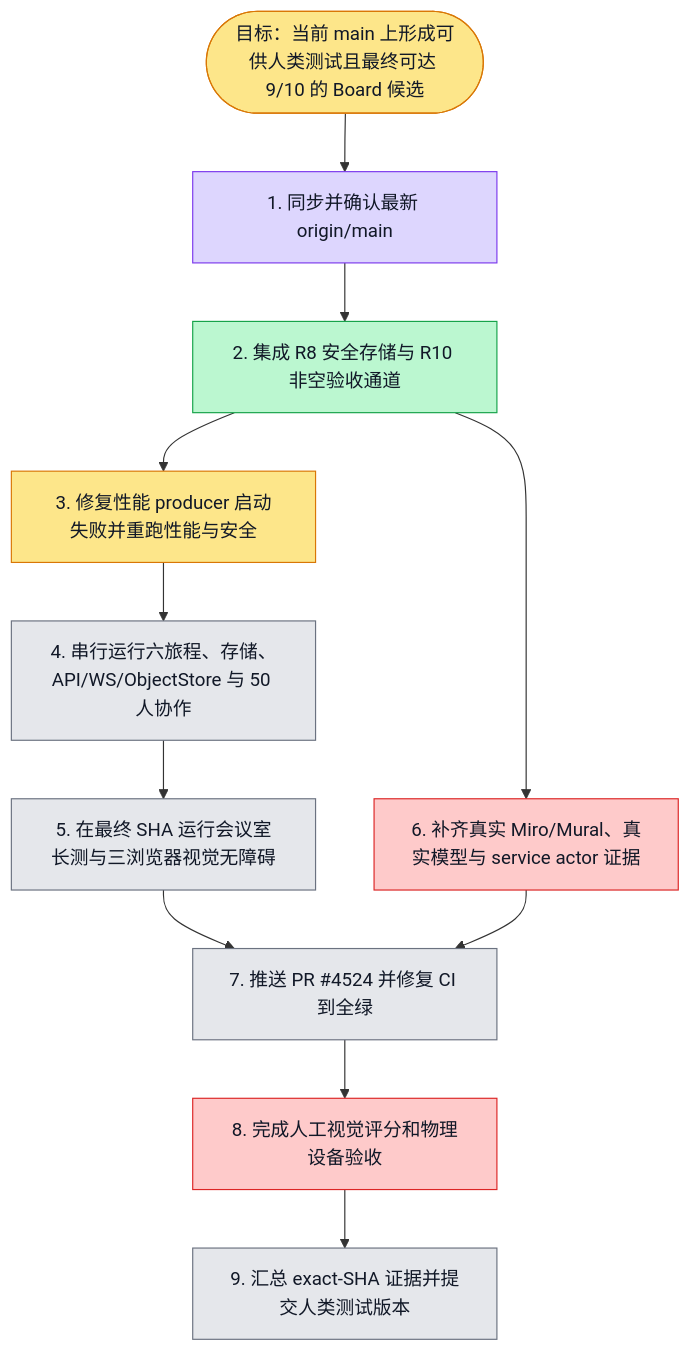
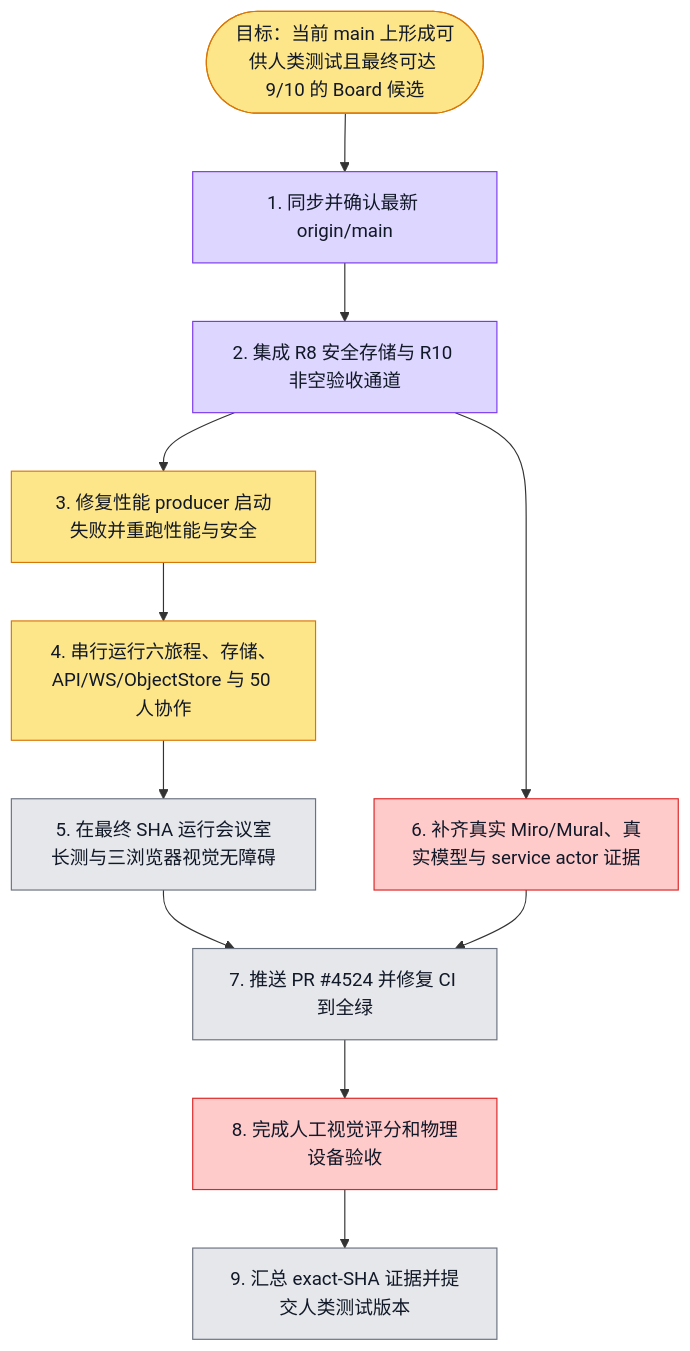
One commit to boardx/workspacex changed the first of 3 diagrams in phases/phase-19-board-visual-workspace/design-deltas/2026-09-26-unified-board-plan.md. Above: the diagram before and after it, drawn with Mermaid. The commit also changed other lines of this file, not shown here.

````diff
--- a/phases/phase-19-board-visual-workspace/design-deltas/2026-09-26-unified-board-plan.md
+++ b/phases/phase-19-board-visual-workspace/design-deltas/2026-09-26-unified-board-plan.md
@@ -27,41 +27,41 @@
 ```mermaid
 flowchart TD
   G([目标：当前 main 上形成可供人类测试且最终可达 9/10 的 Board 候选])
   S1[1. 同步并确认最新 origin/main]
   S2[2. 集成 R8 安全存储与 R10 非空验收通道]
   S3[3. 修复性能 producer 启动失败并重跑性能与安全]
   S4[4. 串行运行六旅程、存储、API/WS/ObjectStore 与 50 人协作]
   S5[5. 在最终 SHA 运行会议室长测与三浏览器视觉无障碍]
   S6[6. 补齐真实 Miro/Mural、真实模型与 service actor 证据]
   S7[7. 推送 PR #4524 并修复 CI 到全绿]
   S8[8. 完成人工视觉评分和物理设备验收]
   S9[9. 汇总 exact-SHA 证据并提交人类测试版本]
 
   G --> S1
   S1 --> S2
   S2 --> S3
   S3 --> S4
   S4 --> S5
   S2 --> S6
   S5 --> S7
   S6 --> S7
   S7 --> S8
   S8 --> S9
 
   classDef todo fill:#e5e7eb,stroke:#6b7280,color:#111827
   classDef doing fill:#fde68a,stroke:#d97706,color:#111827
   classDef done fill:#bbf7d0,stroke:#16a34a,color:#111827
   classDef tested fill:#ddd6fe,stroke:#7c3aed,color:#111827
   classDef blocked fill:#fecaca,stroke:#dc2626,color:#111827
 
   class G doing
   class S1 tested
-  class S2 done
+  class S2 tested
   class S3 doing
-  class S4 todo
+  class S4 doing
   class S5 todo
   class S6 blocked
   class S7 todo
   class S8 blocked
   class S9 todo
 ```
````
